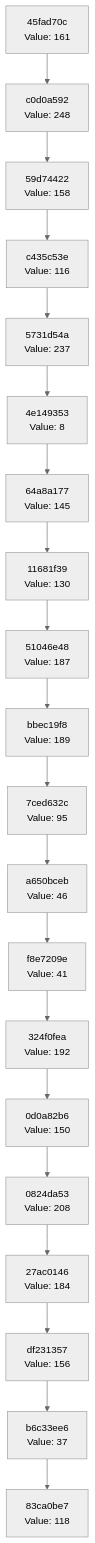
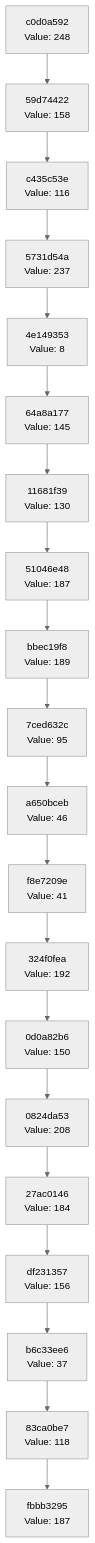
The diagram in docs/CHAIN_VISUALIZATION.md (Abhisheksinha1506/hash-chain-evolver), drawn with Mermaid (neutral theme) before and after one commit. The commit also changed 2 other files, not shown here.

Commit message:
Evolution step: hash 0xBB → action executed

````diff
--- a/docs/CHAIN_VISUALIZATION.md
+++ b/docs/CHAIN_VISUALIZATION.md
@@ -3,42 +3,42 @@
 ```mermaid
 graph TD
-    C0["83ca0be7<br/>Value: 118"]
-    C1["b6c33ee6<br/>Value: 37"]
+    C0["fbbb3295<br/>Value: 187"]
+    C1["83ca0be7<br/>Value: 118"]
     C1 --> C0
-    C2["df231357<br/>Value: 156"]
+    C2["b6c33ee6<br/>Value: 37"]
     C2 --> C1
-    C3["27ac0146<br/>Value: 184"]
+    C3["df231357<br/>Value: 156"]
     C3 --> C2
-    C4["0824da53<br/>Value: 208"]
+    C4["27ac0146<br/>Value: 184"]
     C4 --> C3
-    C5["0d0a82b6<br/>Value: 150"]
+    C5["0824da53<br/>Value: 208"]
     C5 --> C4
-    C6["324f0fea<br/>Value: 192"]
+    C6["0d0a82b6<br/>Value: 150"]
     C6 --> C5
-    C7["f8e7209e<br/>Value: 41"]
+    C7["324f0fea<br/>Value: 192"]
     C7 --> C6
-    C8["a650bceb<br/>Value: 46"]
+    C8["f8e7209e<br/>Value: 41"]
     C8 --> C7
-    C9["7ced632c<br/>Value: 95"]
+    C9["a650bceb<br/>Value: 46"]
     C9 --> C8
-    C10["bbec19f8<br/>Value: 189"]
+    C10["7ced632c<br/>Value: 95"]
     C10 --> C9
-    C11["51046e48<br/>Value: 187"]
+    C11["bbec19f8<br/>Value: 189"]
     C11 --> C10
-    C12["11681f39<br/>Value: 130"]
+    C12["51046e48<br/>Value: 187"]
     C12 --> C11
-    C13["64a8a177<br/>Value: 145"]
+    C13["11681f39<br/>Value: 130"]
     C13 --> C12
-    C14["4e149353<br/>Value: 8"]
+    C14["64a8a177<br/>Value: 145"]
     C14 --> C13
-    C15["5731d54a<br/>Value: 237"]
+    C15["4e149353<br/>Value: 8"]
     C15 --> C14
-    C16["c435c53e<br/>Value: 116"]
+    C16["5731d54a<br/>Value: 237"]
     C16 --> C15
-    C17["59d74422<br/>Value: 158"]
+    C17["c435c53e<br/>Value: 116"]
     C17 --> C16
-    C18["c0d0a592<br/>Value: 248"]
+    C18["59d74422<br/>Value: 158"]
     C18 --> C17
-    C19["45fad70c<br/>Value: 161"]
+    C19["c0d0a592<br/>Value: 248"]
     C19 --> C18
 ```
````
